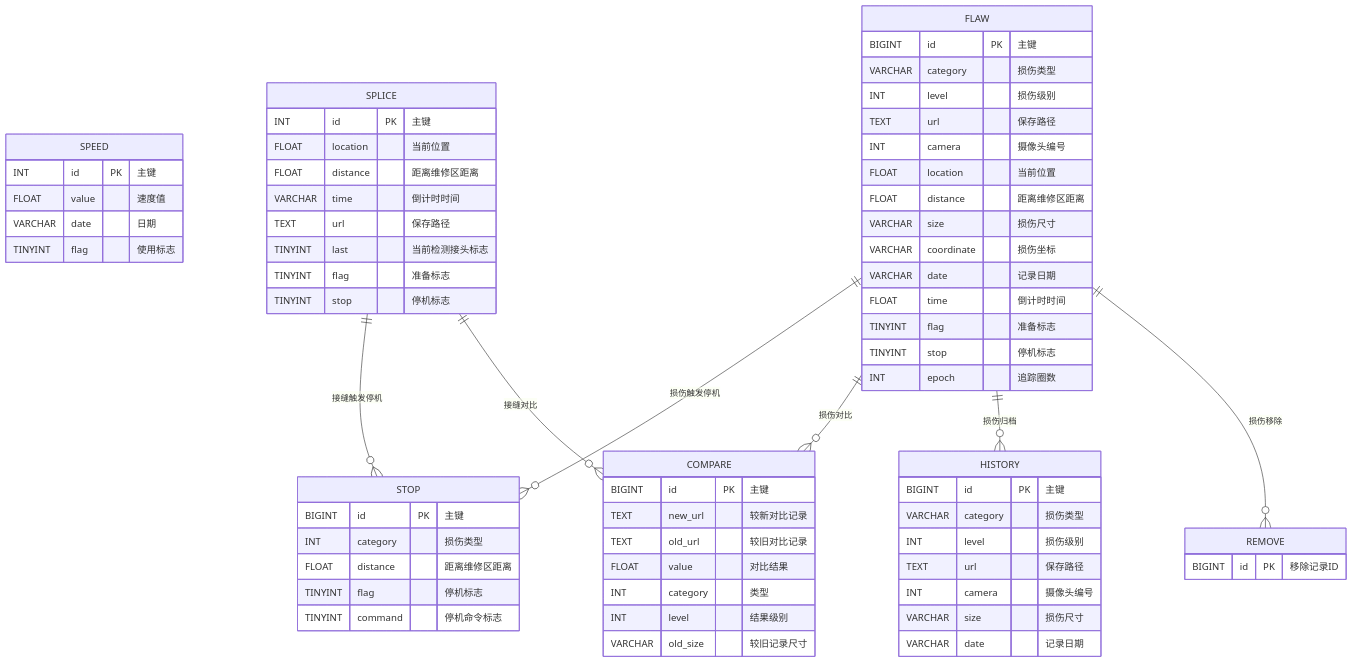
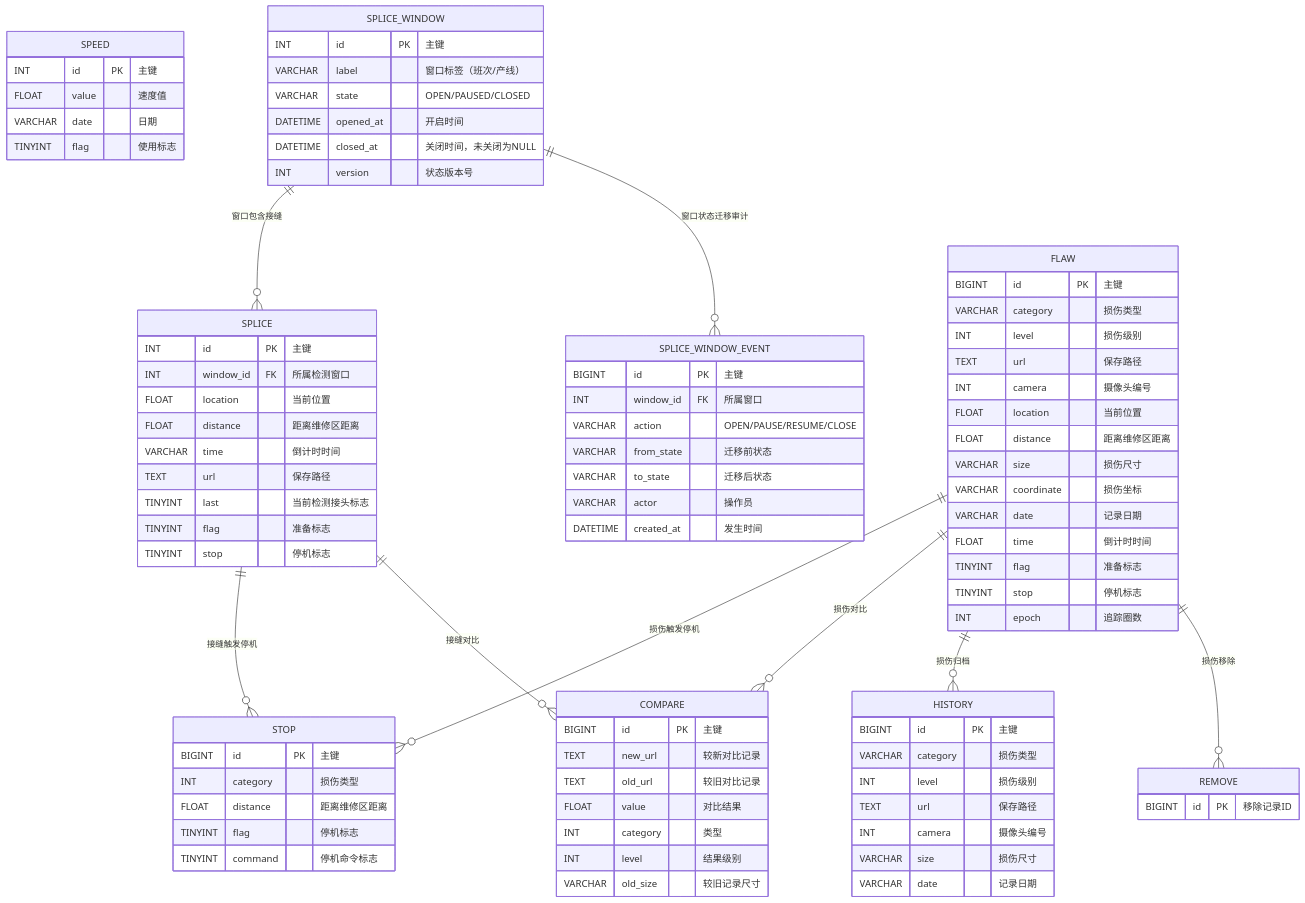
The second of 2 diagrams in docs/project_design.md (vance1852/ccusr-091002-q002), drawn with Mermaid before and after one commit. The commit also changed other lines of this file and 10 other files, not shown here.

````diff
--- a/docs/project_design.md
+++ b/docs/project_design.md
@@ -37,6 +37,7 @@
     }
     SPLICE {
         INT id PK "主键"
+        INT window_id FK "所属检测窗口"
         FLOAT location "当前位置"
         FLOAT distance "距离维修区距离"
         VARCHAR time "倒计时时间"
@@ -44,6 +45,23 @@
         TINYINT last "当前检测接头标志"
         TINYINT flag "准备标志"
         TINYINT stop "停机标志"
+    }
+    SPLICE_WINDOW {
+        INT id PK "主键"
+        VARCHAR label "窗口标签（班次/产线）"
+        VARCHAR state "OPEN/PAUSED/CLOSED"
+        DATETIME opened_at "开启时间"
+        DATETIME closed_at "关闭时间，未关闭为NULL"
+        INT version "状态版本号"
+    }
+    SPLICE_WINDOW_EVENT {
+        BIGINT id PK "主键"
+        INT window_id FK "所属窗口"
+        VARCHAR action "OPEN/PAUSE/RESUME/CLOSE"
+        VARCHAR from_state "迁移前状态"
+        VARCHAR to_state "迁移后状态"
+        VARCHAR actor "操作员"
+        DATETIME created_at "发生时间"
     }
     FLAW {
         BIGINT id PK "主键"
@@ -96,4 +114,6 @@
     SPLICE ||--o{ COMPARE : "接缝对比"
     FLAW ||--o{ HISTORY : "损伤归档"
     FLAW ||--o{ REMOVE : "损伤移除"
+    SPLICE_WINDOW ||--o{ SPLICE : "窗口包含接缝"
+    SPLICE_WINDOW ||--o{ SPLICE_WINDOW_EVENT : "窗口状态迁移审计"
 ```
````
